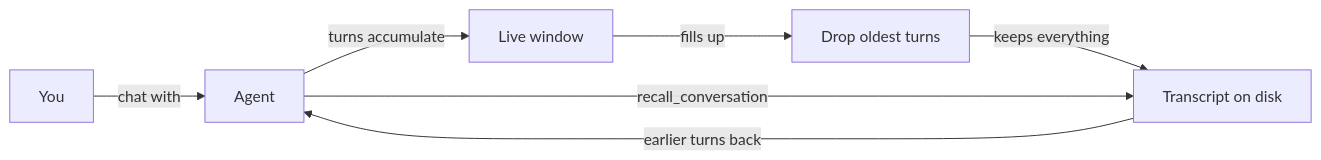
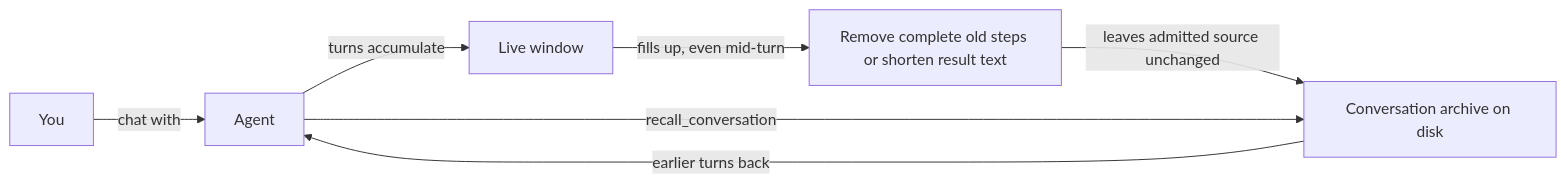
One commit to elicify-ai/omnipus changed the diagram in docs/memory.md. Above: the diagram before and after it, drawn with Mermaid. The commit also changed other lines of this file and 52 other files, not shown here.

````diff
--- a/docs/memory.md
+++ b/docs/memory.md
@@ -67,9 +76,9 @@
 ```mermaid
 flowchart LR
   You[You] -->|chat with| Agent[Agent]
   Agent -->|turns accumulate| Window[Live window]
-  Window -->|fills up| Trim[Drop oldest turns]
-  Trim -->|keeps everything| Disk[Transcript on disk]
+  Window -->|fills up, even mid-turn| Trim[Remove complete old steps or shorten result text]
+  Trim -->|leaves admitted source unchanged| Disk[Conversation archive on disk]
   Agent -->|recall_conversation| Disk
   Disk -->|earlier turns back| Agent
 ```
````
